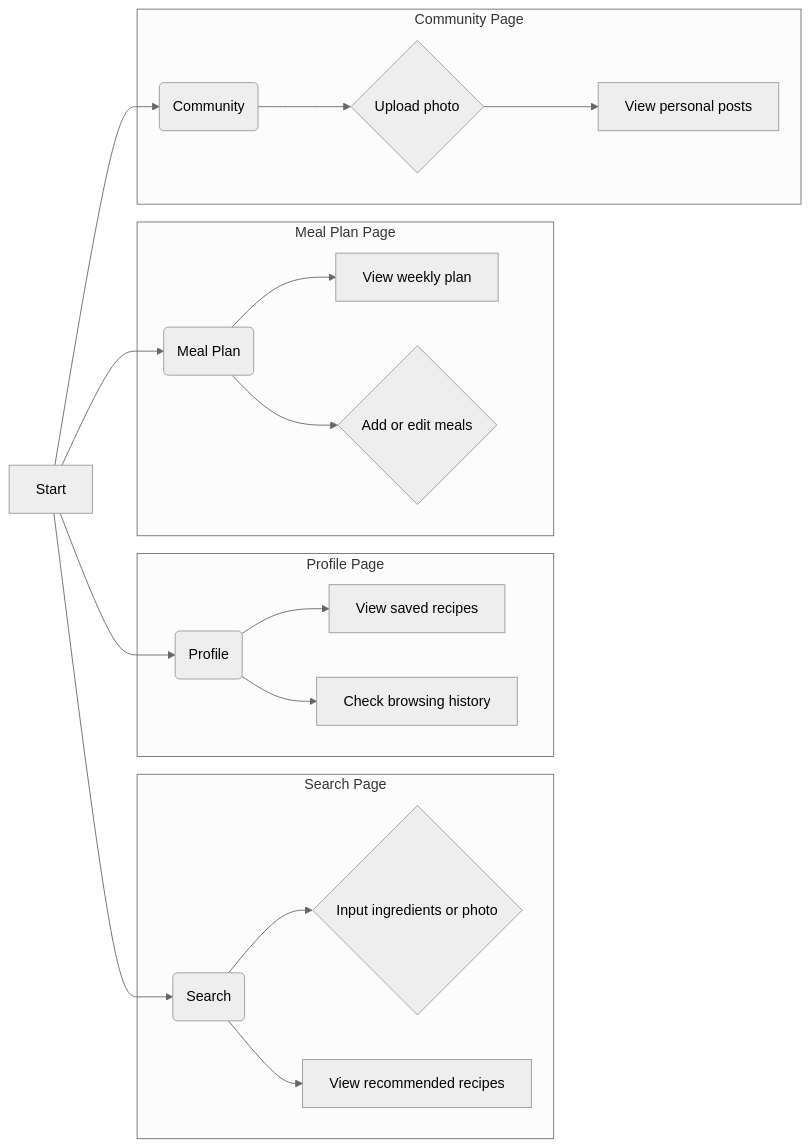
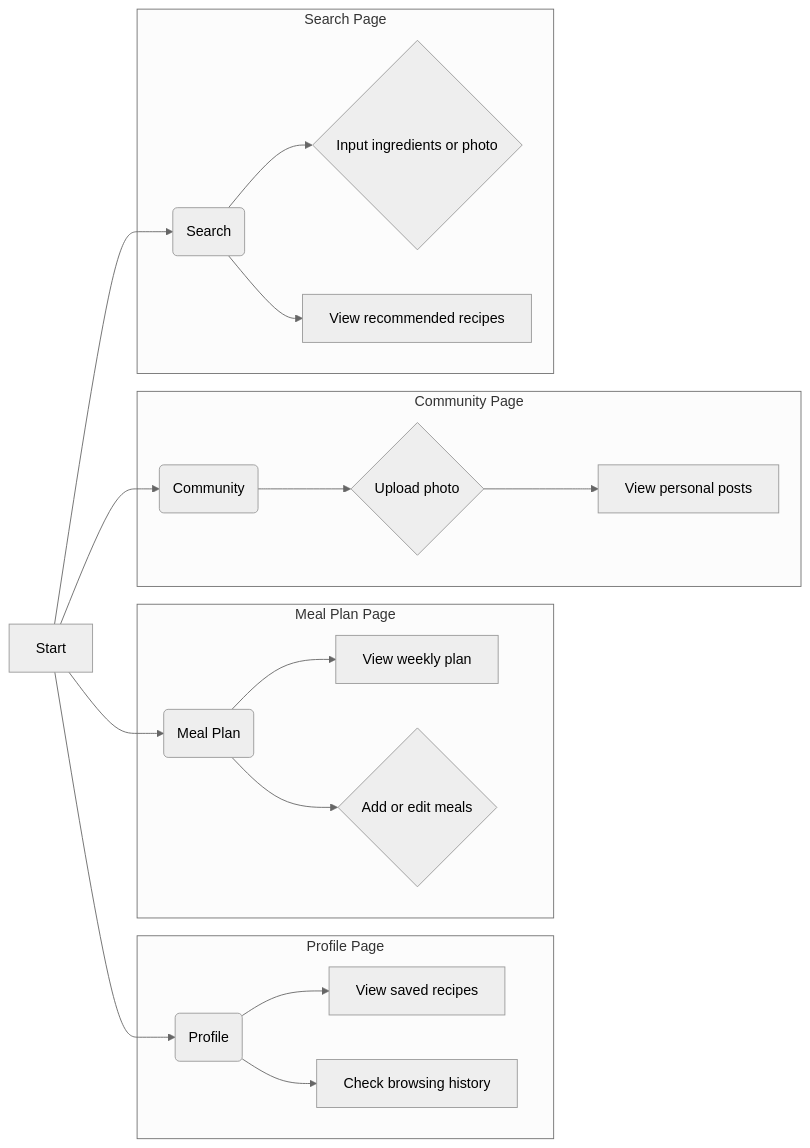
The diagram in all/未命名-2.md (seven8301/iodraw-files), drawn with Mermaid (neutral theme) before and after one commit.

Commit message:
2025-04-09 19:22:35 update

````diff
--- a/all/未命名-2.md
+++ b/all/未命名-2.md
@@ -1,23 +1,25 @@
 ```mermaid
 graph LR
     A[Start] --> B(Search);
     A --> C(Community);
     A --> D(Meal Plan);
     A --> E(Profile);
-    subgraph "Search Page"
-        B --> F{Input ingredients or photo};
-        B --> G[View recommended recipes];
-    end
+
+    
     subgraph "Profile Page"
         E --> L[View saved recipes];
         E --> M[Check browsing history];
     end
       subgraph "Meal Plan Page"
         D --> J[View weekly plan];
         D --> K{Add or edit meals};
     end
      subgraph "Community Page"
         C --> H{Upload photo};
         H --> I[View personal posts];
     end
+    subgraph "Search Page"
+        B --> F{Input ingredients or photo};
+        B --> G[View recommended recipes];
+    end
 ```
````
